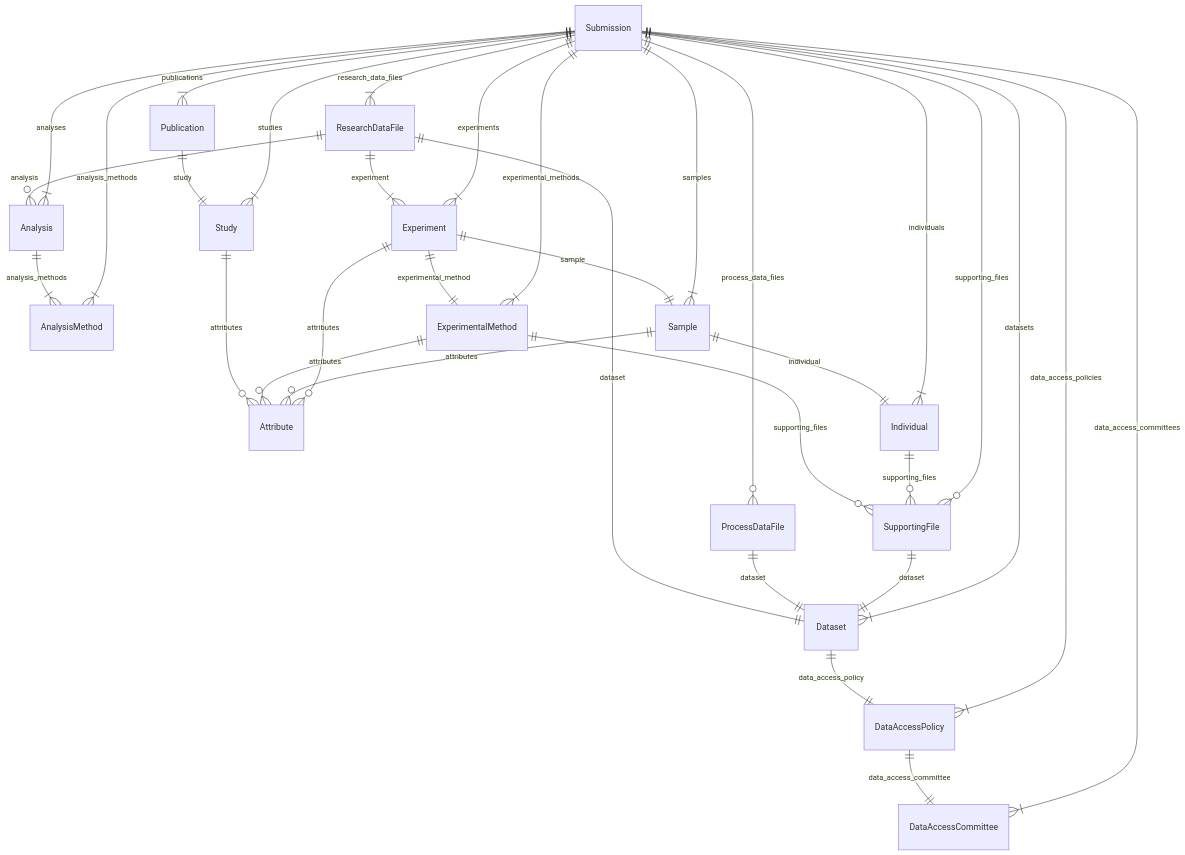
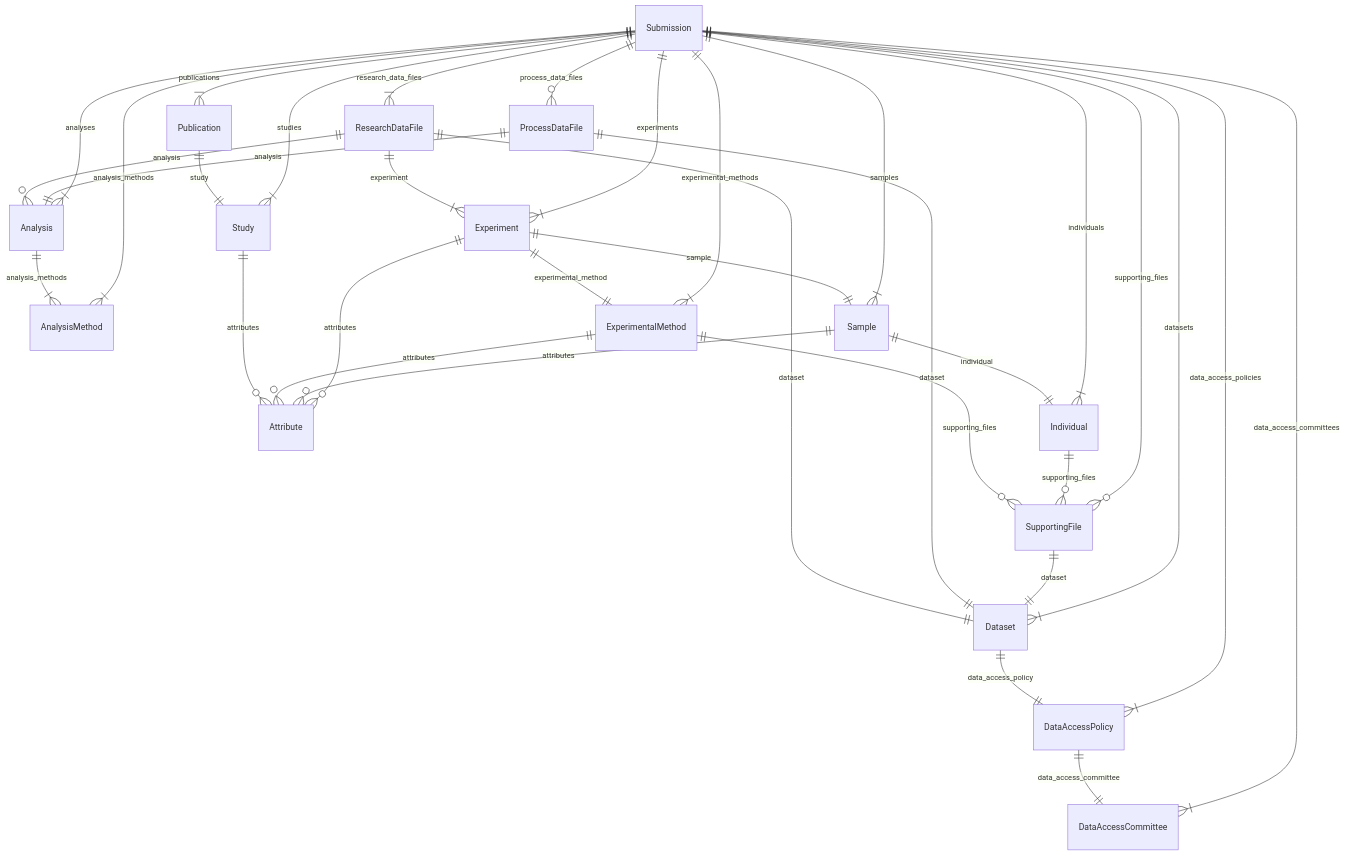
One commit to ghga-de/ghga-metadata-schema changed the first of 5 diagrams in docs/entity_relations.md. Above: the diagram before and after it, drawn with Mermaid. The commit also changed 3 other files, not shown here.

```diff
--- a/docs/entity_relations.md
+++ b/docs/entity_relations.md
@@ -24,13 +24,13 @@
 ProcessDataFile {
 
 }
-ResearchDataFile {
-
-}
 Analysis {
 
 }
 AnalysisMethod {
+
+}
+ResearchDataFile {
 
 }
 Experiment {
@@ -72,11 +72,12 @@
 SupportingFile ||--|| Dataset : "dataset"
 Dataset ||--|| DataAccessPolicy : "data_access_policy"
 DataAccessPolicy ||--|| DataAccessCommittee : "data_access_committee"
+ProcessDataFile ||--|| Analysis : "analysis"
 ProcessDataFile ||--|| Dataset : "dataset"
+Analysis ||--}| AnalysisMethod : "analysis_methods"
 ResearchDataFile ||--}| Experiment : "experiment"
 ResearchDataFile ||--}o Analysis : "analysis"
 ResearchDataFile ||--|| Dataset : "dataset"
-Analysis ||--}| AnalysisMethod : "analysis_methods"
 Experiment ||--|| ExperimentalMethod : "experimental_method"
 Experiment ||--|| Sample : "sample"
 Experiment ||--}o Attribute : "attributes"
```
